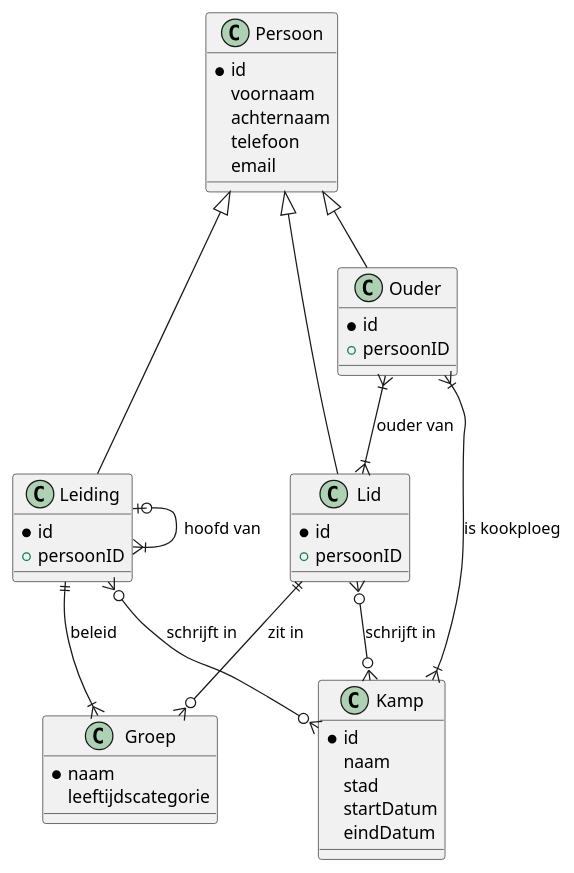
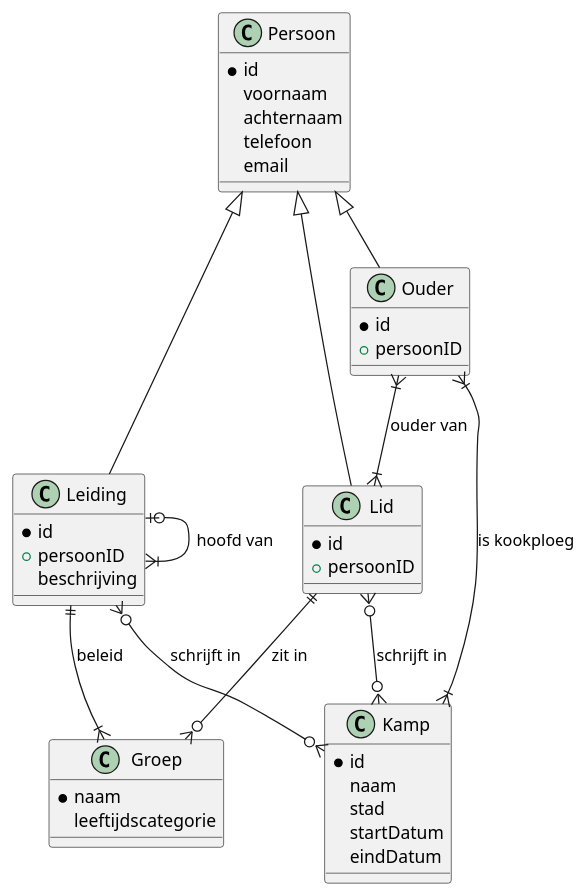
One commit to matteovdr/frontendweb-2526-mateo-kobe changed the diagram in erd.md. Above: the diagram before and after it, drawn with PlantUML. The commit also changed 2 other files, not shown here.

Commit message:
aanpassing_erd

````diff
--- a/erd.md
+++ b/erd.md
@@ -9,59 +9,60 @@
 ```plantuml
 plantuml
 @startuml
 class Persoon {
     *id
     voornaam
     achternaam
     telefoon
     email
 }
 class Ouder {
     *id
     +persoonID
 }
 
 class Lid {
     *id
     +persoonID
 }
 
 class Leiding {
     *id
     +persoonID
+    beschrijving
 }
 
 class Groep {
     *naam
     leeftijdscategorie
 }
 
 class Kamp {
     *id
     naam
     stad
     startDatum
     eindDatum
 }
 
 ' Zero or One      |o--
 ' Exactly One     ||--
 ' Zero or Many      }o--
 ' One or Many       }|--
 ' Relaties (class-diagram syntax)
 
 Ouder }|--|{ Lid : ouder van
 Ouder }|--|{ Kamp : is kookploeg
 Lid }o--o{ Kamp : schrijft in
 Lid ||--o{ Groep : zit in
 Leiding }o--o{ Kamp : schrijft in
 Leiding ||--|{ Groep : beleid
 Leiding |o--|{ Leiding : hoofd van
 
 ' Overerving
 Persoon <|-- Lid
 Persoon <|-- Ouder
 Persoon <|-- Leiding
 
 @enduml
 ```
````
